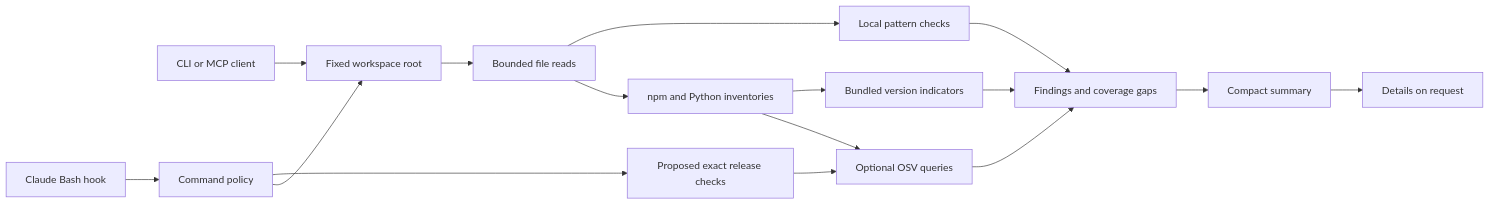
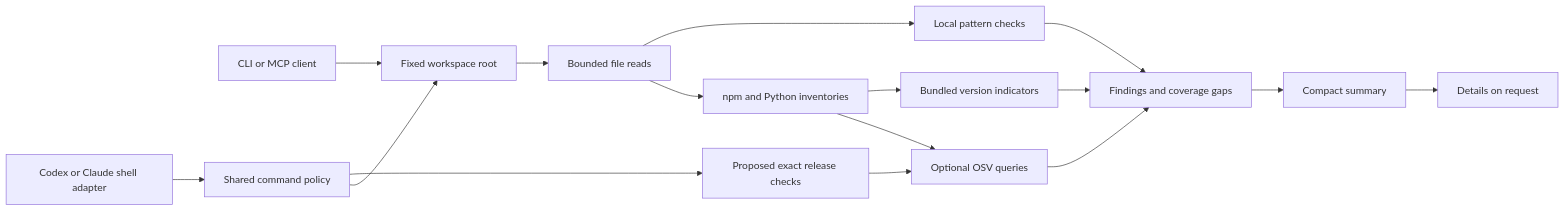
Before and after one commit to DocBadTouch/Protection-Agency: the first of 2 diagrams in docs/ARCHITECTURE.md, drawn with Mermaid. The commit also changed other lines of this file and 27 other files, not shown here.

````diff
--- a/docs/ARCHITECTURE.md
+++ b/docs/ARCHITECTURE.md
@@ -3,18 +3,18 @@
 ```mermaid
 flowchart LR
   A[CLI or MCP client] --> B[Fixed workspace root]
-  H[Claude Bash hook] --> P[Command policy]
+  H[Codex or Claude shell adapter] --> P[Shared command policy]
   P --> T[Proposed exact release checks]
   T --> O
   P --> B
   B --> R[Bounded file reads]
   R --> S[Local pattern checks]
   R --> D[npm and Python inventories]
   D --> I[Bundled version indicators]
   D --> O[Optional OSV queries]
   S --> F[Findings and coverage gaps]
   I --> F
   O --> F
   F --> C[Compact summary]
   C --> E[Details on request]
 ```
````
